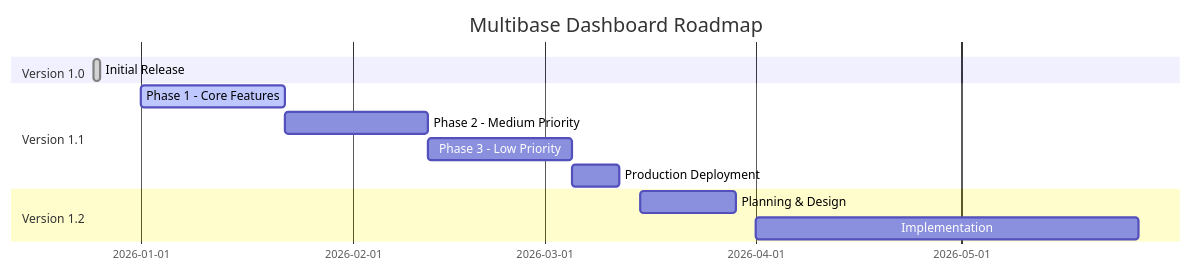
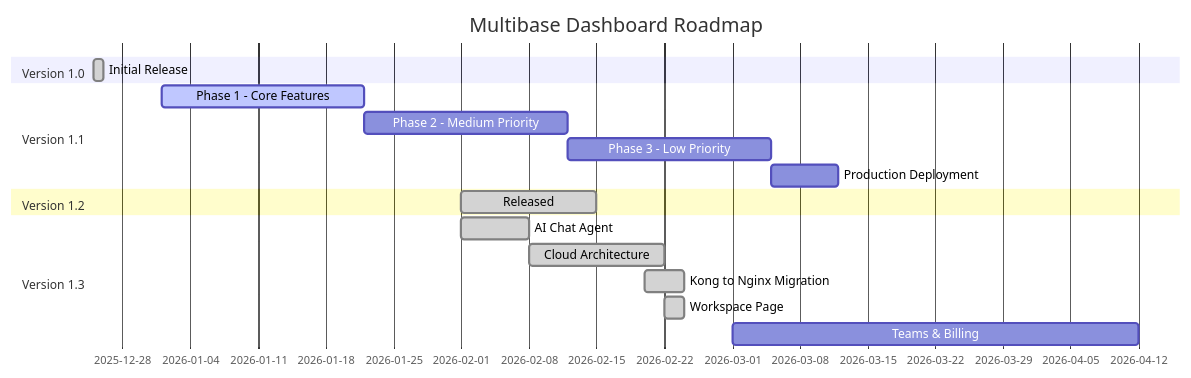
One commit to kopibaper/multibase2 changed the diagram in Markdowns/VERSION_OVERVIEW.md. Above: the diagram before and after it, drawn with Mermaid. The commit also changed other lines of this file and 4 other files, not shown here.

First line of the commit message:
docs: Update README, migrate plans to Markdowns/, update v1.3 roadmap

````diff
--- a/Markdowns/VERSION_OVERVIEW.md
+++ b/Markdowns/VERSION_OVERVIEW.md
@@ -137,15 +146,20 @@
 ```mermaid
 gantt
     title Multibase Dashboard Roadmap
     dateFormat YYYY-MM-DD
     section Version 1.0
     Initial Release           :done, 2025-12-25, 1d
     section Version 1.1
     Phase 1 - Core Features     :active, 2026-01-01, 3w
     Phase 2 - Medium Priority   :2026-01-22, 3w
     Phase 3 - Low Priority      :2026-02-12, 3w
     Production Deployment       :2026-03-05, 1w
     section Version 1.2
-    Planning & Design           :2026-03-15, 2w
-    Implementation              :2026-04-01, 8w
+    Released                    :done, 2026-02-01, 2w
+    section Version 1.3
+    AI Chat Agent               :done, 2026-02-01, 1w
+    Cloud Architecture          :done, 2026-02-08, 2w
+    Kong to Nginx Migration     :done, 2026-02-20, 4d
+    Workspace Page              :done, 2026-02-22, 2d
+    Teams & Billing             :2026-03-01, 6w
 ```
````
